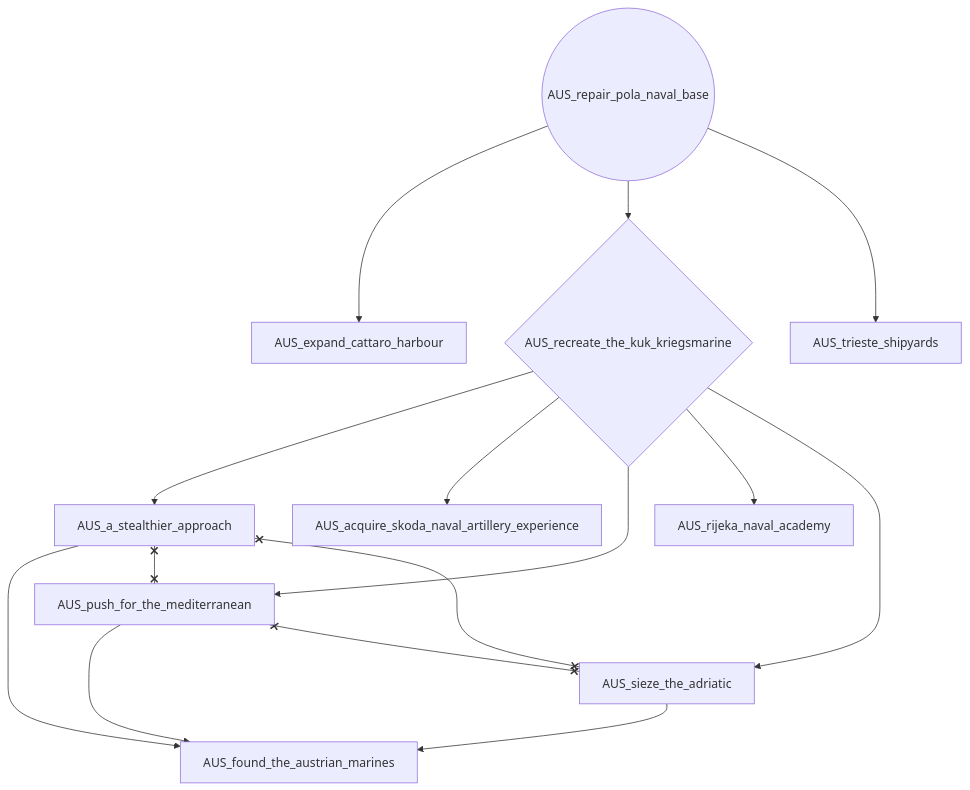
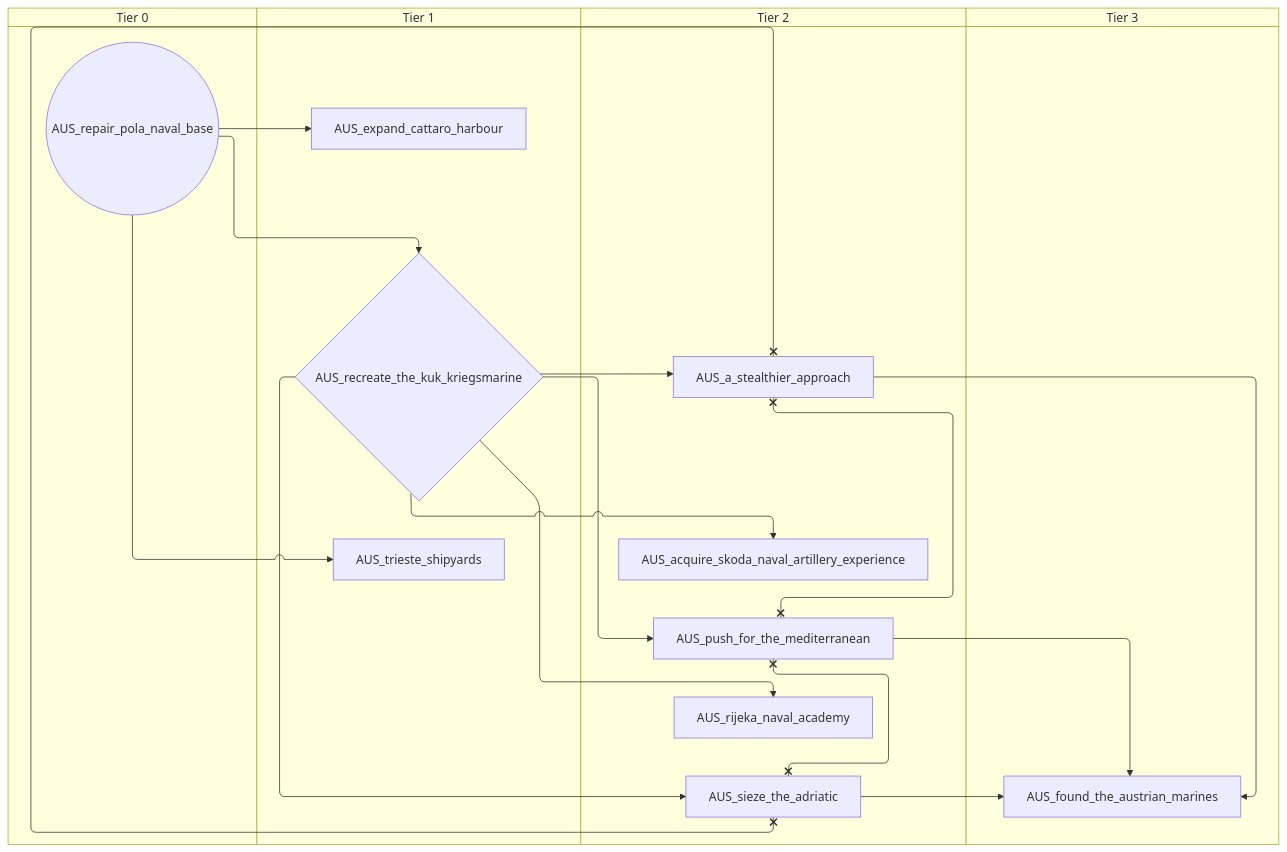
Before and after one commit to evgeny-sobol/hoi4-sandbox-mode-r56: the fifth of 5 diagrams in docs/gdd/National Focuses/r56/r56_austria.md, drawn with Mermaid. The commit also changed other lines of this file and 423 other files, not shown here.

First line of the commit message:
Re-export Rt56 focus trees as swimlane diagrams

````diff
--- a/docs/gdd/National Focuses/r56/r56_austria.md
+++ b/docs/gdd/National Focuses/r56/r56_austria.md
@@ -782,27 +850,35 @@
 ```mermaid
-flowchart TD
-    n291["AUS_a_stealthier_approach"]
-    n292["AUS_acquire_skoda_naval_artillery_experience"]
-    n293["AUS_expand_cattaro_harbour"]
-    n294["AUS_found_the_austrian_marines"]
-    n295["AUS_push_for_the_mediterranean"]
-    n296{"AUS_recreate_the_kuk_kriegsmarine"}
-    n297(("AUS_repair_pola_naval_base"))
-    n298["AUS_rijeka_naval_academy"]
-    n299["AUS_sieze_the_adriatic"]
-    n300["AUS_trieste_shipyards"]
-    n296 --> n291
-    n296 --> n292
-    n297 --> n293
+swimlane-beta TD
+    subgraph tier_0["Tier 0"]
+        n291(("AUS_repair_pola_naval_base"))
+    end
+    subgraph tier_1["Tier 1"]
+        n292["AUS_expand_cattaro_harbour"]
+        n293{"AUS_recreate_the_kuk_kriegsmarine"}
+        n294["AUS_trieste_shipyards"]
+    end
+    subgraph tier_2["Tier 2"]
+        n295["AUS_a_stealthier_approach"]
+        n296["AUS_acquire_skoda_naval_artillery_experience"]
+        n297["AUS_push_for_the_mediterranean"]
+        n298["AUS_rijeka_naval_academy"]
+        n299["AUS_sieze_the_adriatic"]
+    end
+    subgraph tier_3["Tier 3"]
+        n300["AUS_found_the_austrian_marines"]
+    end
+    n293 --> n295
+    n293 --> n296
+    n291 --> n292
+    n295 --> n300
+    n299 --> n300
+    n297 --> n300
+    n293 --> n297
+    n291 --> n293
+    n293 --> n298
+    n293 --> n299
     n291 --> n294
-    n299 --> n294
-    n295 --> n294
-    n296 --> n295
-    n297 --> n296
-    n296 --> n298
-    n296 --> n299
-    n297 --> n300
-    n291 x--x n295
-    n291 x--x n299
+    n295 x--x n297
     n295 x--x n299
+    n297 x--x n299
 ```
````
